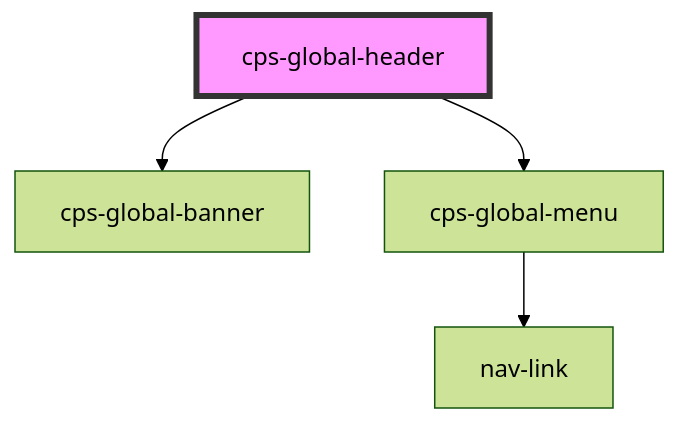
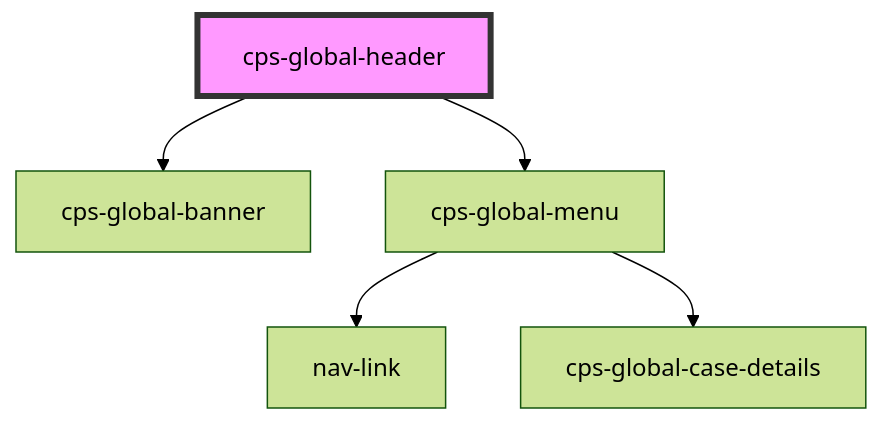
Before and after one commit to CPS-Innovation/global-components: the diagram in packages/cps-global-components/src/components/cps-global-header/readme.md, drawn with Mermaid (forest theme). The commit also changed 30 other files, not shown here.

Commit message:
Merge branch 'main' into feature/FCT2-12203_case_details (#510)

````diff
--- a/packages/cps-global-components/src/components/cps-global-header/readme.md
+++ b/packages/cps-global-components/src/components/cps-global-header/readme.md
@@ -23,7 +23,8 @@
 ```mermaid
 graph TD;
   cps-global-header --> cps-global-banner
   cps-global-header --> cps-global-menu
   cps-global-menu --> nav-link
+  cps-global-menu --> cps-global-case-details
   style cps-global-header fill:#f9f,stroke:#333,stroke-width:4px
 ```
````
